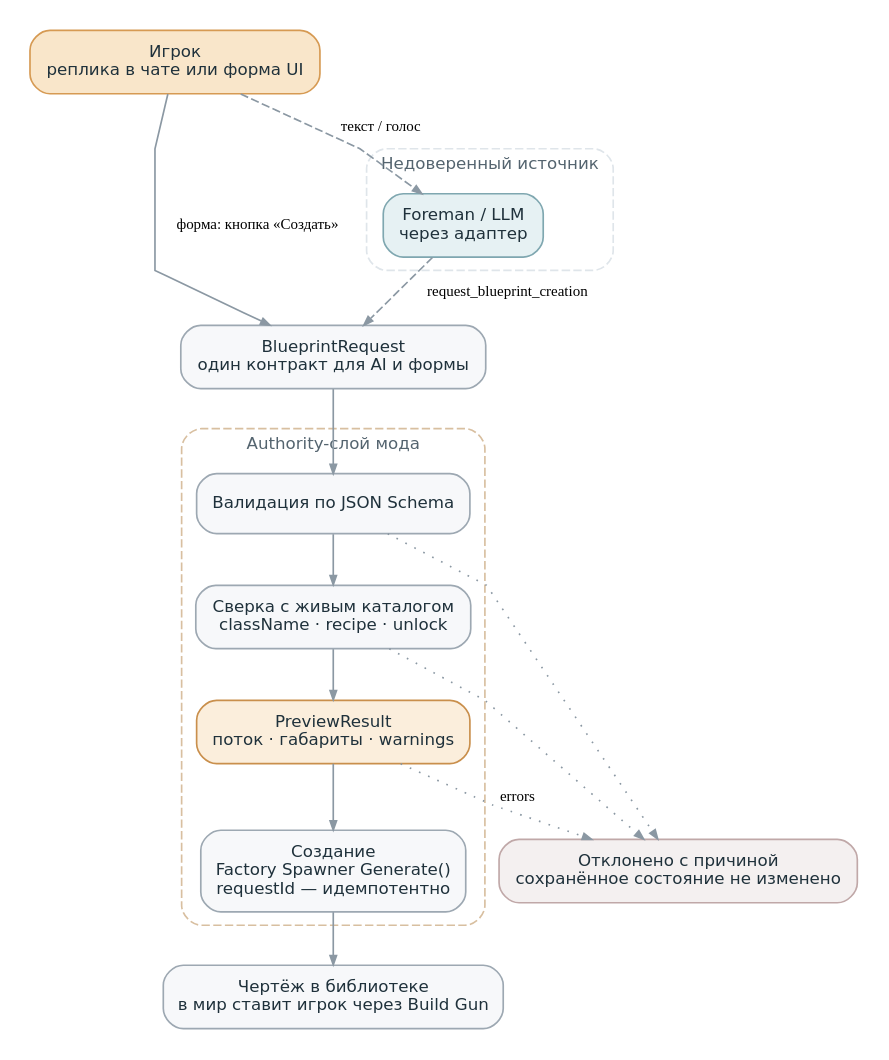
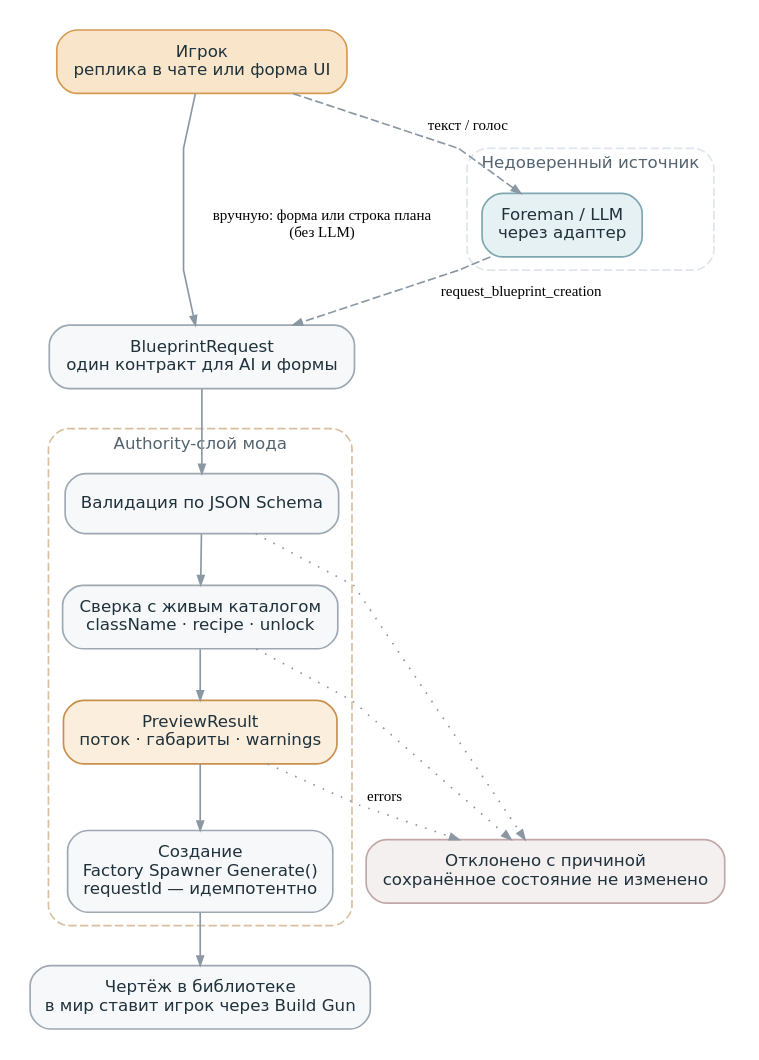
One commit to kkkingqz/ficsit-ai-helper changed the diagram in docs/assets/actions.dot. Above: the diagram before and after it, drawn with Graphviz. The commit also changed 4 other files, not shown here.

First line of the commit message:
Паритет ручного и AI-пути (ADR-018)

```diff
--- a/docs/assets/actions.dot
+++ b/docs/assets/actions.dot
@@ -1,38 +1,39 @@
 // FICSIT AI v2.1-draft — путь создания чертежа (v1.1).
 // Подтверждения игрока нет: чертёж только попадает в библиотеку, в мир его ставит игрок.
+// Паритет (ADR-018): ручной путь и инструмент модели вызывают одну и ту же операцию.
 // Граница доверия — граница кода: каждый вызов проходит валидацию.
 // Рендер: dot -Tpng -Gdpi=150 actions.dot -o actions.png
 digraph G {
   graph [rankdir=TB, nodesep=.25, ranksep=.40, pad=.15, bgcolor="white",
          fontname="DejaVu Sans", splines=polyline];
   node  [shape=box, style="rounded,filled", fontname="DejaVu Sans", fontsize=10,
          color="#9DA8B2", fillcolor="#F7F8FA", fontcolor="#1F313B", margin=".14,.11"];
   edge  [color="#8B98A3", arrowsize=.55];
 
   player [label="Игрок\nреплика в чате или форма UI", fillcolor="#F9E6CA", color="#D69A53"];
   intent [label="BlueprintRequest\nодин контракт для AI и формы"];
 
   subgraph cluster_untrusted {
     label="Недоверенный источник"; fontsize=10; fontcolor="#54646F"; color="#DFE5EA"; style="rounded,dashed";
     llm [label="Foreman / LLM\nчерез адаптер", fillcolor="#E6F1F3", color="#7FA7B0"];
   }
 
   subgraph cluster_trusted {
     label="Authority-слой мода"; fontsize=10; fontcolor="#54646F"; color="#D8BFA0"; style="rounded,dashed";
     schema  [label="Валидация по JSON Schema"];
     live    [label="Сверка с живым каталогом\nclassName · recipe · unlock"];
     preview [label="PreviewResult\nпоток · габариты · warnings", fillcolor="#FBEEDC", color="#C98F4C"];
     exec    [label="Создание\nFactory Spawner Generate()\nrequestId — идемпотентно"];
   }
 
   result [label="Чертёж в библиотеке\nв мир ставит игрок через Build Gun"];
   reject [label="Отклонено с причиной\nсохранённое состояние не изменено", fillcolor="#F4F0F0", color="#C0A8A8"];
 
-  player -> intent [label="форма: кнопка «Создать»", fontsize=9];
+  player -> intent [label="вручную: форма или строка плана\n(без LLM)", fontsize=9];
   player -> llm [style=dashed, label="текст / голос", fontsize=9];
   llm -> intent [style=dashed, label="request_blueprint_creation", fontsize=9];
   intent -> schema -> live -> preview -> exec -> result;
   schema  -> reject [style=dotted];
   live    -> reject [style=dotted];
   preview -> reject [style=dotted, label="errors", fontsize=9];
 }
```
